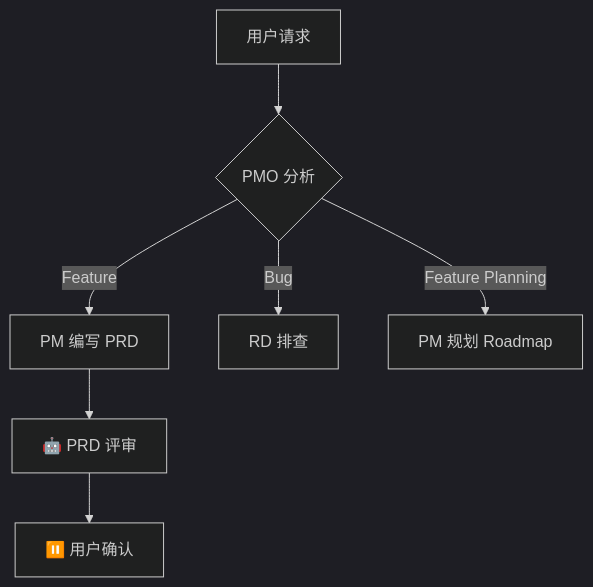
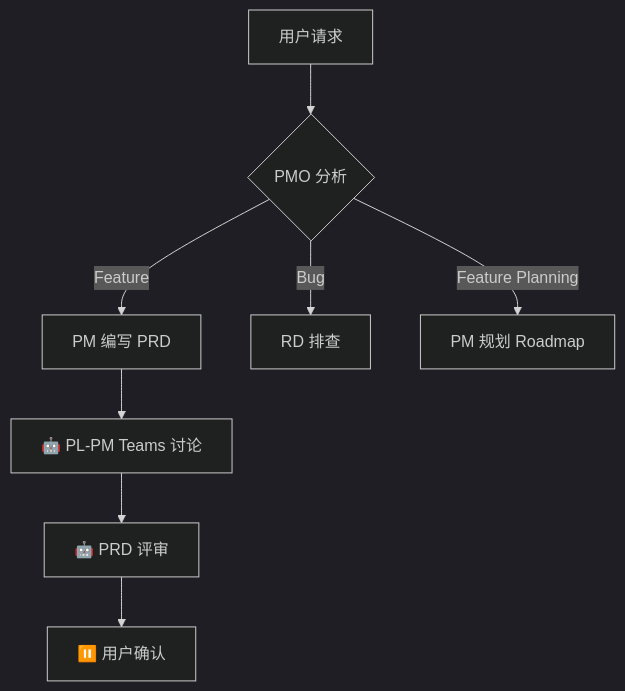
One commit to okteam99/teamwork changed the diagram in skills/teamwork/standards/common.md. Above: the diagram before and after it, drawn with Mermaid (dark theme). The commit also changed other lines of this file and 10 other files, not shown here.

````diff
--- a/skills/teamwork/standards/common.md
+++ b/skills/teamwork/standards/common.md
@@ -339,9 +360,10 @@
 ```mermaid
 flowchart TD
     A[用户请求] --> B{PMO 分析}
     B -->|Feature| C[PM 编写 PRD]
     B -->|Bug| D[RD 排查]
     B -->|Feature Planning| E[PM 规划 Roadmap]
-    C --> F[🤖 PRD 评审]
+    C --> C2[🤖 PL-PM Teams 讨论]
+    C2 --> F[🤖 PRD 评审]
     F --> G[⏸️ 用户确认]
 ```
````
